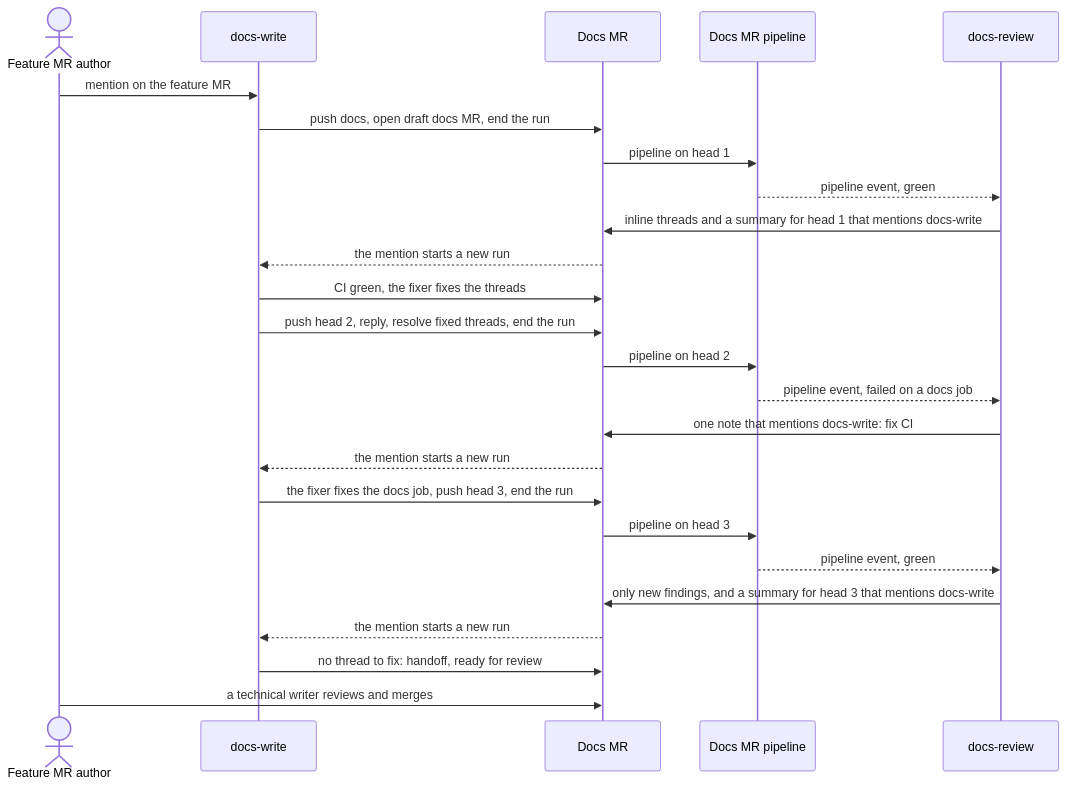
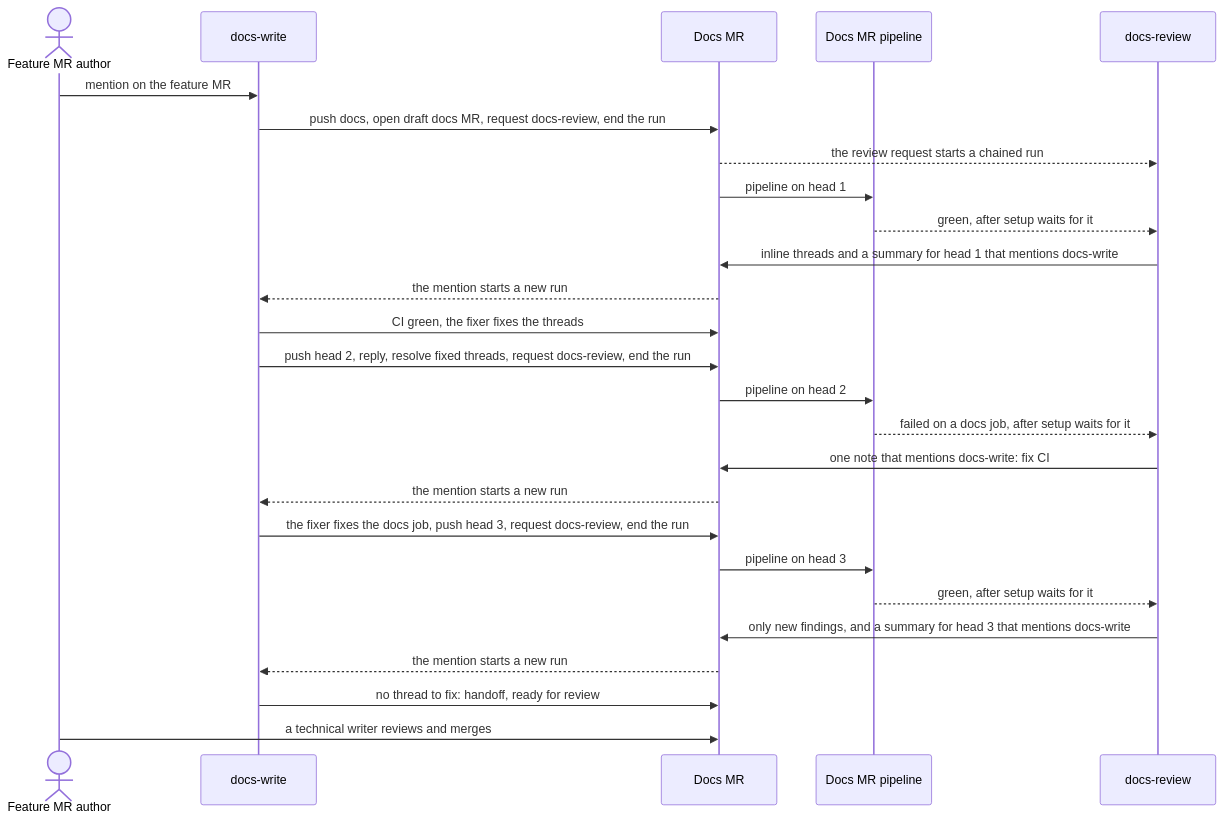
Before and after one commit to gitlabhq/orbit-knowledge-graph: the third of 3 diagrams in .gitlab/duo/catalog/flows/README.md, drawn with Mermaid. The commit also changed other lines of this file, not shown here.

First line of the commit message:
docs(duo): describe docs-review's start by review request across the flows README

````diff
--- a/.gitlab/duo/catalog/flows/README.md
+++ b/.gitlab/duo/catalog/flows/README.md
@@ -159,27 +166,28 @@
 ```mermaid
 sequenceDiagram
   actor Dev as Feature MR author
   participant W as docs-write
   participant D as Docs MR
   participant CI as Docs MR pipeline
   participant R as docs-review
   Dev->>W: mention on the feature MR
-  W->>D: push docs, open draft docs MR, end the run
+  W->>D: push docs, open draft docs MR, request docs-review, end the run
+  D-->>R: the review request starts a chained run
   D->>CI: pipeline on head 1
-  CI-->>R: pipeline event, green
+  CI-->>R: green, after setup waits for it
   R->>D: inline threads and a summary for head 1 that mentions docs-write
   D-->>W: the mention starts a new run
   W->>D: CI green, the fixer fixes the threads
-  W->>D: push head 2, reply, resolve fixed threads, end the run
+  W->>D: push head 2, reply, resolve fixed threads, request docs-review, end the run
   D->>CI: pipeline on head 2
-  CI-->>R: pipeline event, failed on a docs job
+  CI-->>R: failed on a docs job, after setup waits for it
   R->>D: one note that mentions docs-write: fix CI
   D-->>W: the mention starts a new run
-  W->>D: the fixer fixes the docs job, push head 3, end the run
+  W->>D: the fixer fixes the docs job, push head 3, request docs-review, end the run
   D->>CI: pipeline on head 3
-  CI-->>R: pipeline event, green
+  CI-->>R: green, after setup waits for it
   R->>D: only new findings, and a summary for head 3 that mentions docs-write
   D-->>W: the mention starts a new run
   W->>D: no thread to fix: handoff, ready for review
   Dev->>D: a technical writer reviews and merges
 ```
````
